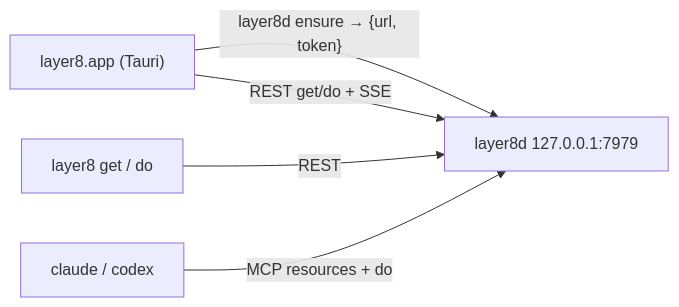
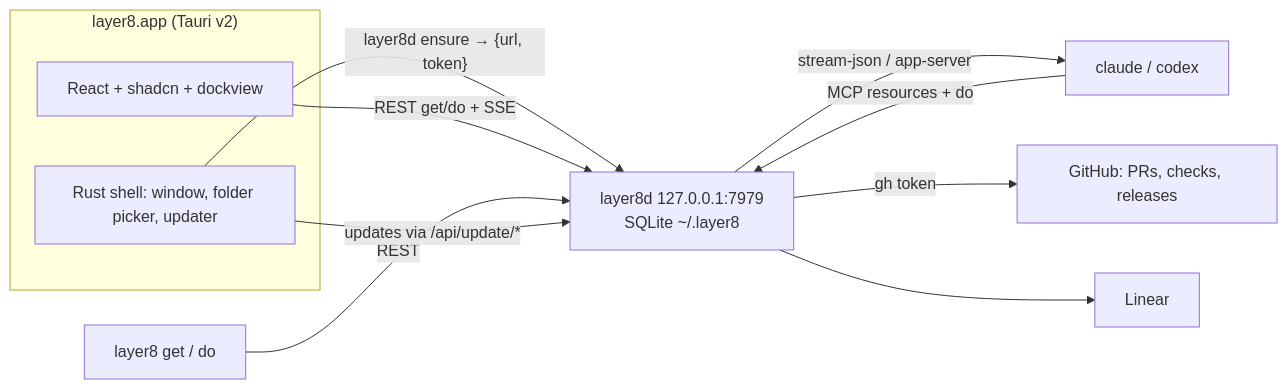
Before and after one commit to crashPopeye/layer8: the diagram in README.md, drawn with Mermaid. The commit also changed other lines of this file and 29 other files, not shown here.

````diff
--- a/README.md
+++ b/README.md
@@ -5,7 +13,16 @@
 ```mermaid
 flowchart LR
-  App["layer8.app (Tauri)"] -- "layer8d ensure → {url, token}" --> D
-  App -- "REST get/do + SSE" --> D["layer8d 127.0.0.1:7979"]
+  subgraph App["layer8.app (Tauri v2)"]
+    WV["React + shadcn + dockview"]
+    RS["Rust shell: window, folder picker, updater"]
+  end
+  D["layer8d 127.0.0.1:7979<br/>SQLite ~/.layer8"]
+  RS -- "layer8d ensure → {url, token}" --> D
+  WV -- "REST get/do + SSE" --> D
   CLI["layer8 get / do"] -- REST --> D
-  Agent["claude / codex"] -- "MCP resources + do" --> D
+  D -- "stream-json / app-server" --> CL["claude / codex"]
+  CL -- "MCP resources + do" --> D
+  D -- "gh token" --> GH["GitHub: PRs, checks, releases"]
+  D --> LN["Linear"]
+  RS -- "updates via /api/update/*" --> D
 ```
````
